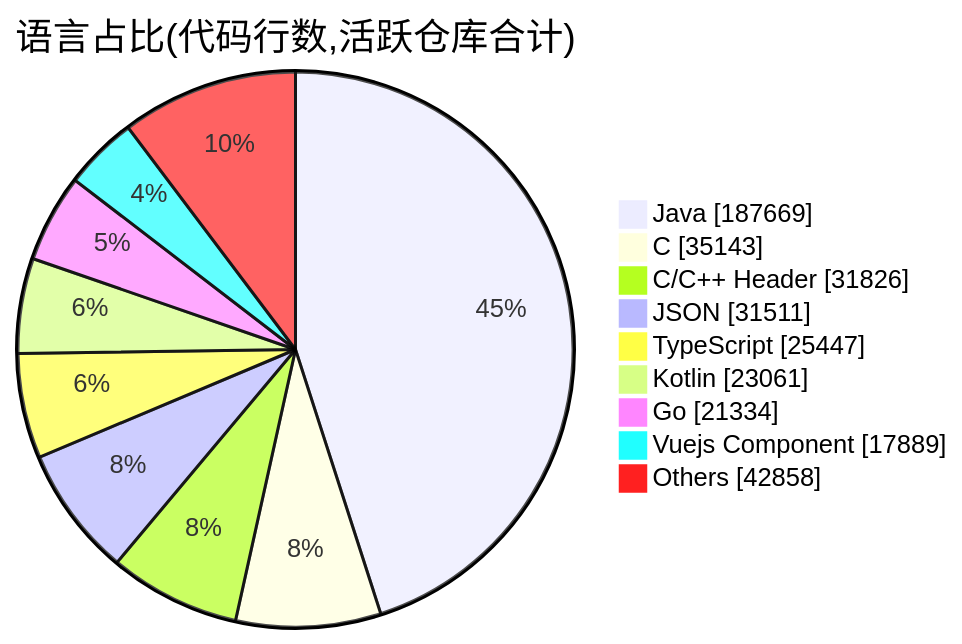
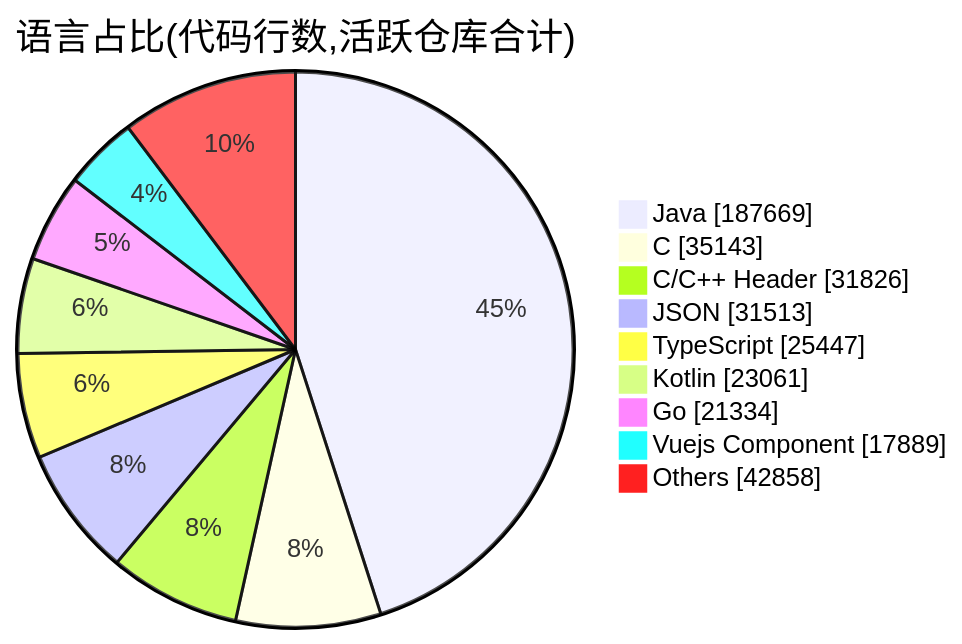
The second of 2 diagrams in profile/README.md (Conflux-Union/.github), drawn with Mermaid before and after one commit. The commit also changed other lines of this file and 1 other file, not shown here.

````diff
--- a/profile/README.md
+++ b/profile/README.md
@@ -83,13 +83,13 @@
 ```mermaid
 pie showData
     title 语言占比(代码行数,活跃仓库合计)
     "Java" : 187669
     "C" : 35143
     "C/C++ Header" : 31826
-    "JSON" : 31511
+    "JSON" : 31513
     "TypeScript" : 25447
     "Kotlin" : 23061
     "Go" : 21334
     "Vuejs Component" : 17889
     "Others" : 42858
 ```
````
